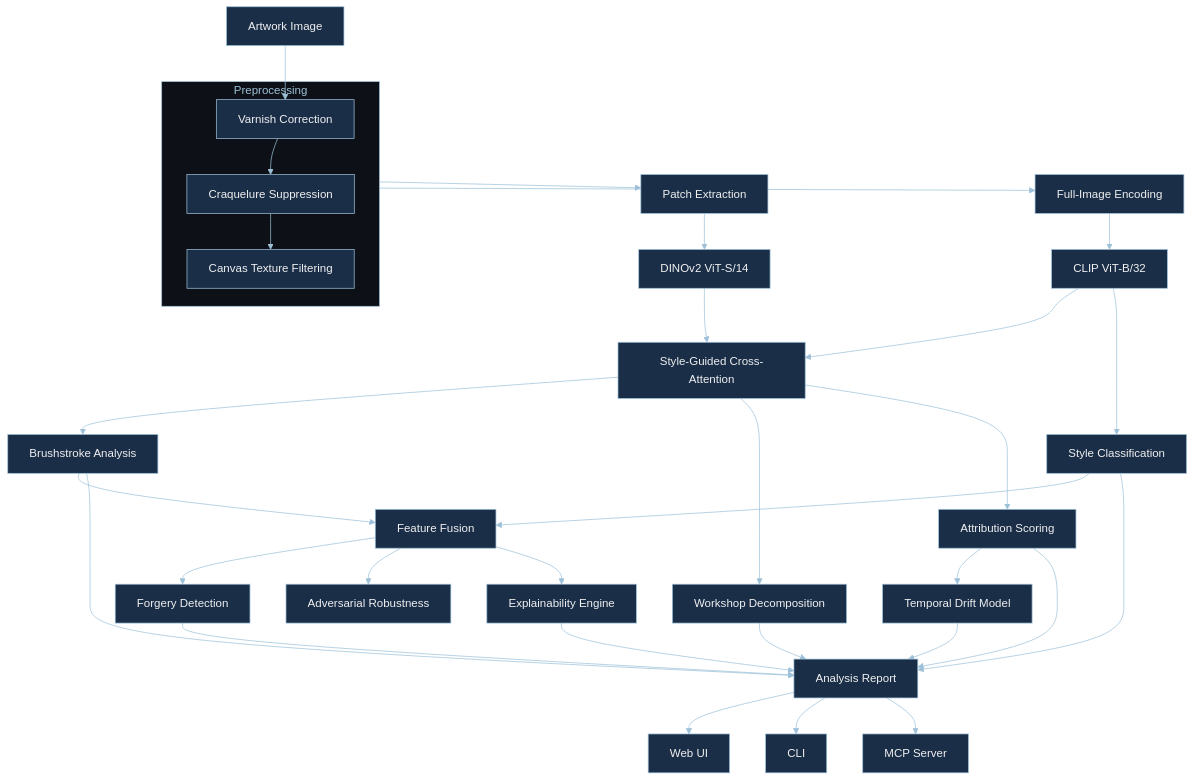
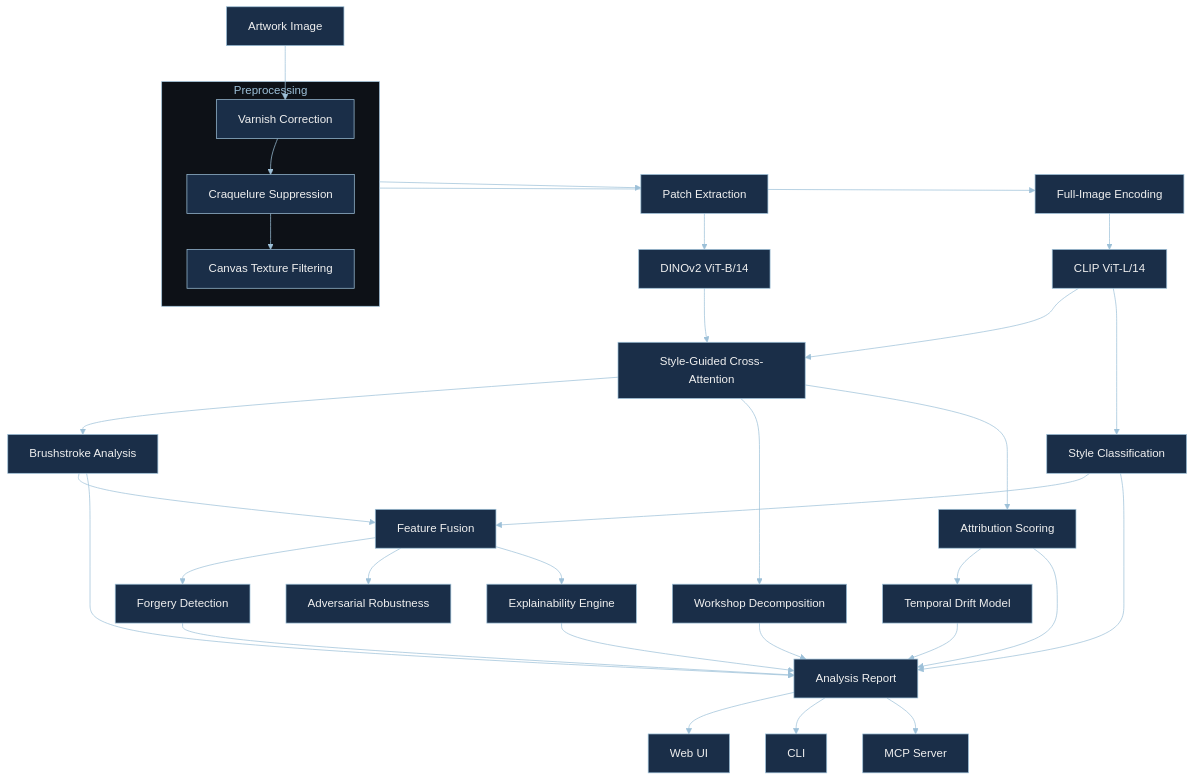
One commit to ladyFaye1998/ArtSleuth changed the diagram in README.md. Above: the diagram before and after it, drawn with Mermaid. The commit also changed other lines of this file and 3 other files, not shown here.

First line of the commit message:
SOTA benchmark: 72.7% style, 79.0% artist with e2e fine-tuning. Upgraded to DINOv2 ViT-B/14 + CLIP ViT-L/14 with partial backbone unfreezing, SupCon + CE loss, cosine annealing, mixed precision. Adds published baseline comparison.

````diff
--- a/README.md
+++ b/README.md
@@ -117,44 +117,44 @@
 ```mermaid
 %%{init: {'theme': 'base', 'themeVariables': {'primaryColor': '#1A2E48', 'primaryTextColor': '#F0F0F0', 'primaryBorderColor': '#9DC0D8', 'lineColor': '#9DC0D8', 'secondaryColor': '#1A2E48', 'tertiaryColor': '#1A2E48', 'edgeLabelBackground': '#0D1117', 'clusterBkg': '#0D1117', 'clusterBorder': '#9DC0D8', 'titleColor': '#9DC0D8'}}}%%
 
 graph TD
     Input["Artwork Image"] --> Preprocess
 
     subgraph prep ["Preprocessing"]
         Preprocess["Varnish Correction"] --> Crack["Craquelure Suppression"]
         Crack --> Canvas["Canvas Texture Filtering"]
     end
 
     prep --> Patches["Patch Extraction"]
     prep --> FullImage["Full-Image Encoding"]
 
-    Patches --> DINO["DINOv2 ViT-S/14"]
-    FullImage --> CLIPEnc["CLIP ViT-B/32"]
+    Patches --> DINO["DINOv2 ViT-B/14"]
+    FullImage --> CLIPEnc["CLIP ViT-L/14"]
 
     DINO --> CrossAttn["Style-Guided Cross-Attention"]
     CLIPEnc --> CrossAttn
 
     CrossAttn --> Brushstroke["Brushstroke Analysis"]
     CrossAttn --> WorkshopNode["Workshop Decomposition"]
     CLIPEnc --> Style["Style Classification"]
     CrossAttn --> Attribution["Attribution Scoring"]
     Attribution --> Temporal["Temporal Drift Model"]
 
     Brushstroke --> Fusion["Feature Fusion"]
     Style --> Fusion
     Fusion --> Forgery["Forgery Detection"]
     Fusion --> Adversarial["Adversarial Robustness"]
     Fusion --> Explain["Explainability Engine"]
 
     Forgery --> Report["Analysis Report"]
     Attribution --> Report
     Temporal --> Report
     Style --> Report
     Brushstroke --> Report
     WorkshopNode --> Report
     Explain --> Report
 
     Report --> WebUI["Web UI"]
     Report --> CLI["CLI"]
     Report --> MCP["MCP Server"]
 ```
````
